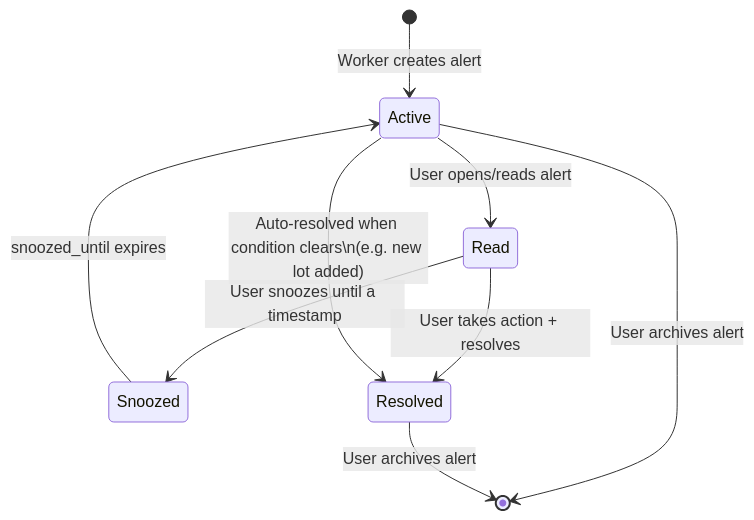
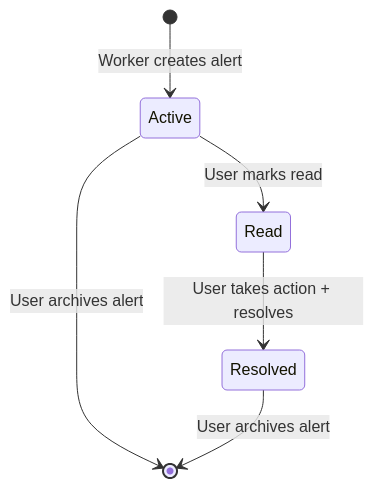
The second of 2 diagrams in docs/07-alerting-and-prioritization.md (UncleJS/bePrepared), drawn with Mermaid before and after one commit. The commit also changed other lines of this file and 12 other files, not shown here.

````diff
--- a/docs/07-alerting-and-prioritization.md
+++ b/docs/07-alerting-and-prioritization.md
@@ -154,11 +121,8 @@
 ```mermaid
 stateDiagram-v2
   [*]        --> Active    : Worker creates alert
-  Active     --> Read      : User opens/reads alert
-  Read       --> Snoozed   : User snoozes until a timestamp
-  Snoozed    --> Active    : snoozed_until expires
+  Active     --> Read      : User marks read
   Read       --> Resolved  : User takes action + resolves
-  Active     --> Resolved  : Auto-resolved when condition clears\n(e.g. new lot added)
   Active     --> [*]       : User archives alert
   Resolved   --> [*]       : User archives alert
 ```
````
